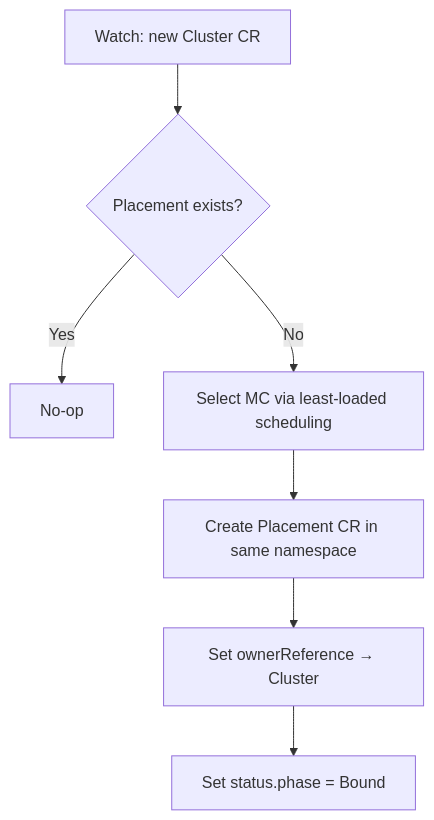
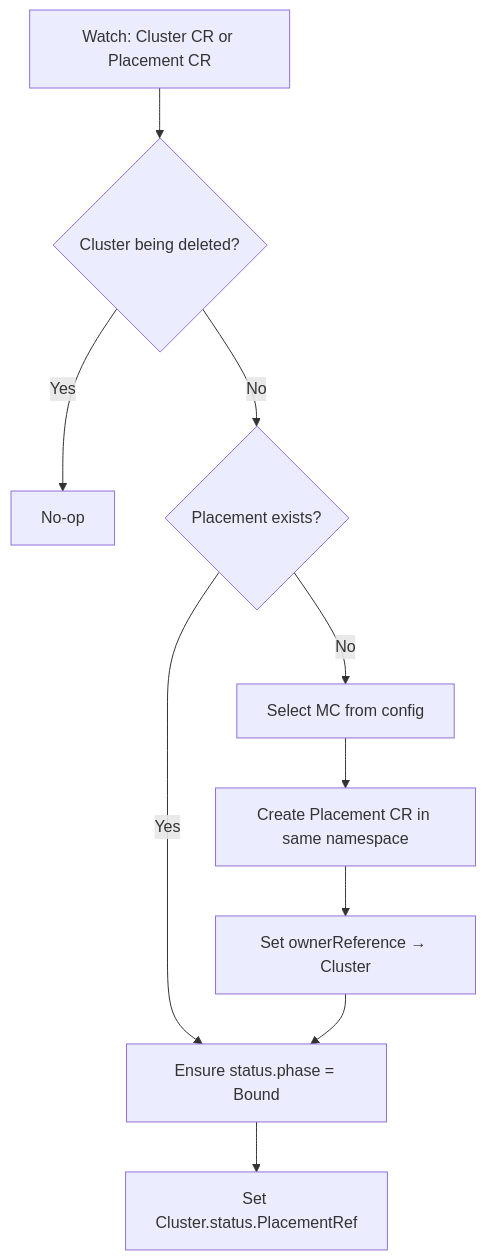
Before and after one commit to typeid/hyperfleet-operator: the diagram in docs/placement-controller.md, drawn with Mermaid. The commit also changed other lines of this file and 56 other files, not shown here.

````diff
--- a/docs/placement-controller.md
+++ b/docs/placement-controller.md
@@ -13,9 +13,12 @@
 ```mermaid
 flowchart TD
-    A[Watch: new Cluster CR] --> B{Placement exists?}
+    A[Watch: Cluster CR or Placement CR] --> B{Cluster being deleted?}
     B -->|Yes| C[No-op]
-    B -->|No| D[Select MC via least-loaded scheduling]
-    D --> E[Create Placement CR in same namespace]
-    E --> F[Set ownerReference → Cluster]
-    F --> G[Set status.phase = Bound]
+    B -->|No| D{Placement exists?}
+    D -->|Yes| E[Ensure status.phase = Bound]
+    D -->|No| F[Select MC from config]
+    F --> G[Create Placement CR in same namespace]
+    G --> H[Set ownerReference → Cluster]
+    H --> E
+    E --> I[Set Cluster.status.PlacementRef]
 ```
````
